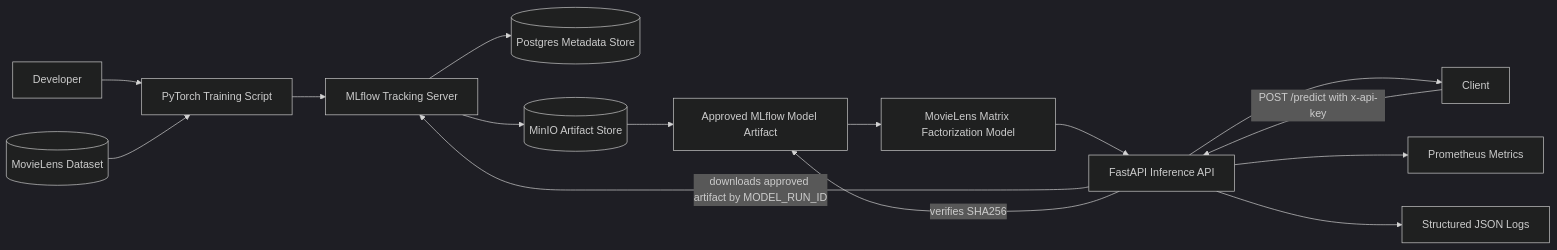
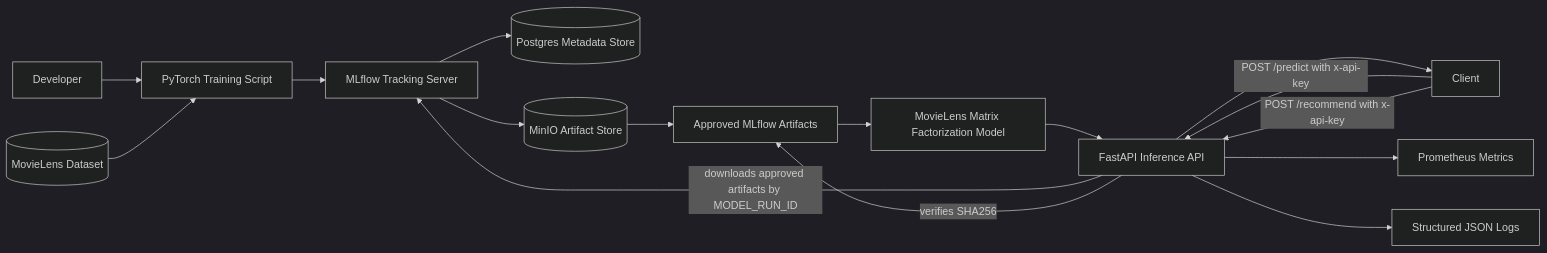
Before and after one commit to koenchill/lumina-rec: the diagram in docs/architecture.md, drawn with Mermaid (dark theme). The commit also changed other lines of this file, not shown here.

````diff
--- a/docs/architecture.md
+++ b/docs/architecture.md
@@ -11,31 +24,32 @@
 ```mermaid
 flowchart LR
     Developer[Developer]
     Train[PyTorch Training Script]
     Dataset[(MovieLens Dataset)]
     MLflow[MLflow Tracking Server]
     Postgres[(Postgres Metadata Store)]
     MinIO[(MinIO Artifact Store)]
     Client[Client]
     API[FastAPI Inference API]
-    Approved[Approved MLflow Model Artifact]
+    Approved[Approved MLflow Artifacts]
     Model[MovieLens Matrix Factorization Model]
     Metrics[Prometheus Metrics]
     Logs[Structured JSON Logs]
 
     Developer --> Train
     Dataset --> Train
     Train --> MLflow
     MLflow --> Postgres
     MLflow --> MinIO
     MinIO --> Approved
 
     Client -->|POST /predict with x-api-key| API
-    API -->|downloads approved artifact by MODEL_RUN_ID| MLflow
+    Client -->|POST /recommend with x-api-key| API
+    API -->|downloads approved artifacts by MODEL_RUN_ID| MLflow
     API -->|verifies SHA256| Approved
     Approved --> Model
     Model --> API
     API --> Client
     API --> Metrics
     API --> Logs
 ```
````
